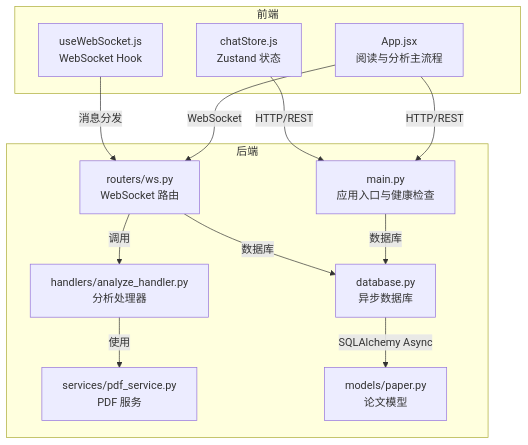
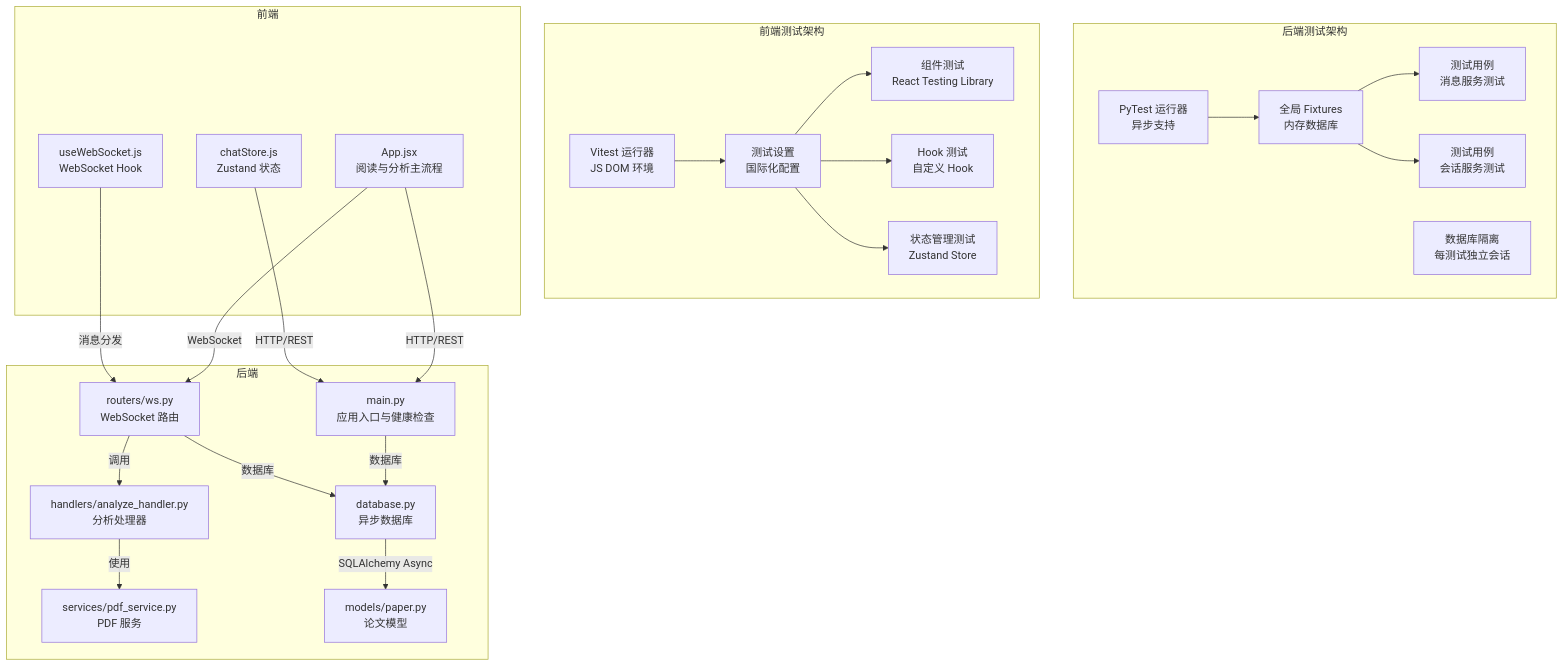
The second of 3 diagrams in .qoder/repowiki/zh/content/开发指南/测试策略与质量保证.md (laohanhahaha/PaperChat), drawn with Mermaid before and after one commit. The commit also changed other lines of this file and 8 other files, not shown here.

````diff
--- a/.qoder/repowiki/zh/content/开发指南/测试策略与质量保证.md
+++ b/.qoder/repowiki/zh/content/开发指南/测试策略与质量保证.md
@@ -81,25 +115,46 @@
 ```mermaid
 graph TB
+subgraph "后端测试架构"
+A["PyTest 运行器<br/>异步支持"]
+B["全局 Fixtures<br/>内存数据库"]
+C["测试用例<br/>消息服务测试"]
+D["测试用例<br/>会话服务测试"]
+E["数据库隔离<br/>每测试独立会话"]
+end
+subgraph "前端测试架构"
+F["Vitest 运行器<br/>JS DOM 环境"]
+G["测试设置<br/>国际化配置"]
+H["组件测试<br/>React Testing Library"]
+I["Hook 测试<br/>自定义 Hook"]
+J["状态管理测试<br/>Zustand Store"]
+end
 subgraph "前端"
-A["App.jsx<br/>阅读与分析主流程"]
-B["useWebSocket.js<br/>WebSocket Hook"]
-C["chatStore.js<br/>Zustand 状态"]
+K["App.jsx<br/>阅读与分析主流程"]
+L["useWebSocket.js<br/>WebSocket Hook"]
+M["chatStore.js<br/>Zustand 状态"]
 end
 subgraph "后端"
-D["main.py<br/>应用入口与健康检查"]
-E["routers/ws.py<br/>WebSocket 路由"]
-F["handlers/analyze_handler.py<br/>分析处理器"]
-G["services/pdf_service.py<br/>PDF 服务"]
-H["models/paper.py<br/>论文模型"]
-I["database.py<br/>异步数据库"]
+N["main.py<br/>应用入口与健康检查"]
+O["routers/ws.py<br/>WebSocket 路由"]
+P["handlers/analyze_handler.py<br/>分析处理器"]
+Q["services/pdf_service.py<br/>PDF 服务"]
+R["models/paper.py<br/>论文模型"]
+S["database.py<br/>异步数据库"]
 end
-A --> |HTTP/REST| D
-A --> |WebSocket| E
-B --> |消息分发| E
-C --> |HTTP/REST| D
-E --> |调用| F
-F --> |使用| G
-D --> |数据库| I
-E --> |数据库| I
-I --> |SQLAlchemy Async| H
+A --> B
+B --> C
+B --> D
+F --> G
+G --> H
+G --> I
+G --> J
+K --> |HTTP/REST| N
+K --> |WebSocket| O
+L --> |消息分发| O
+M --> |HTTP/REST| N
+O --> |调用| P
+P --> |使用| Q
+N --> |数据库| S
+O --> |数据库| S
+S --> |SQLAlchemy Async| R
 ```
````
